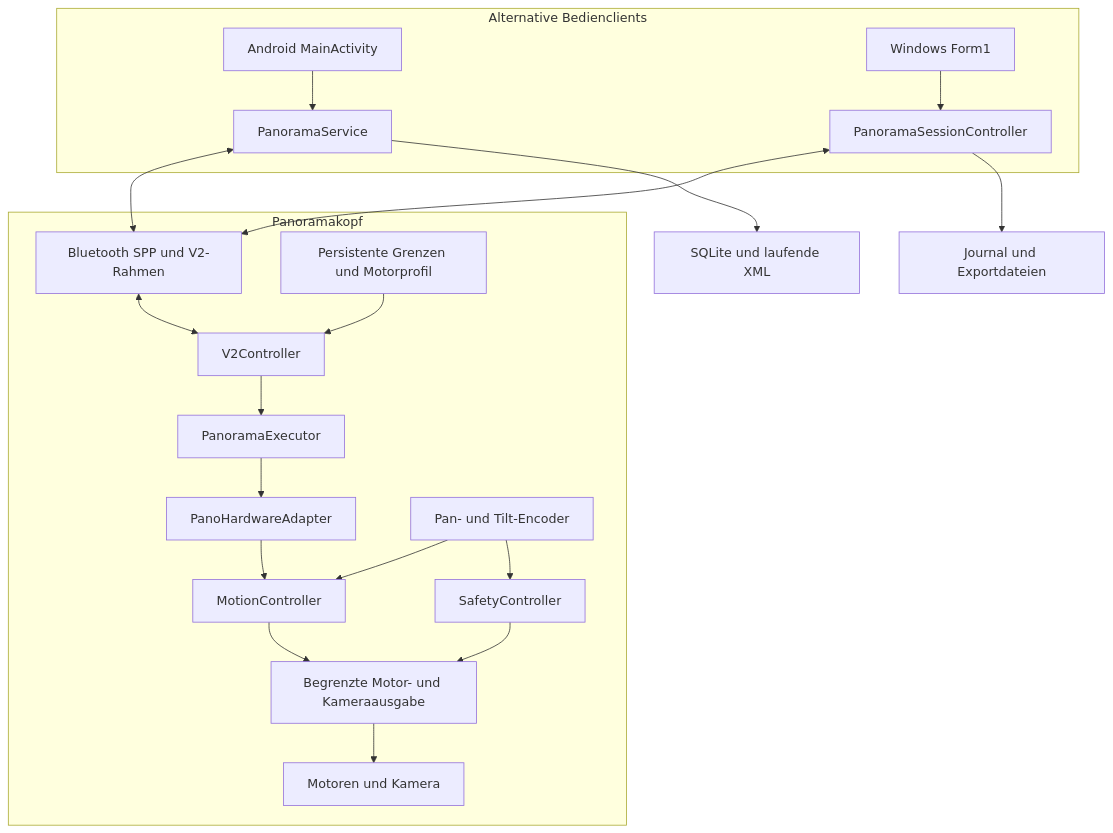
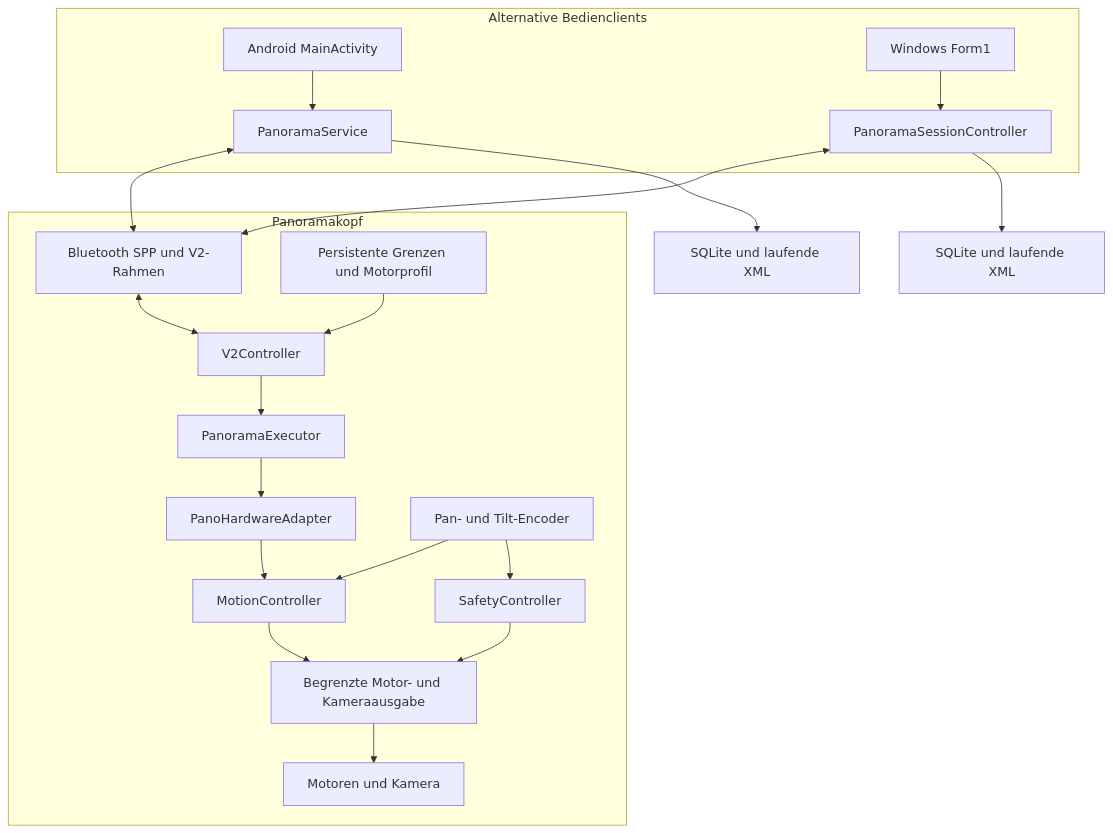
Before and after one commit to TomNaiser/PanoramaSoftware: the diagram in docs/01-systemuebersicht.md, drawn with Mermaid. The commit also changed 21 other files, not shown here.

````diff
--- a/docs/01-systemuebersicht.md
+++ b/docs/01-systemuebersicht.md
@@ -11,23 +11,23 @@
 ```mermaid
 flowchart TB
     subgraph Clients[Alternative Bedienclients]
         AU[Android MainActivity] --> AS[PanoramaService]
         WU[Windows Form1] --> WS[PanoramaSessionController]
     end
     AS <--> BT[Bluetooth SPP und V2-Rahmen]
     WS <--> BT
     subgraph Kopf[Panoramakopf]
         BT <--> VC[V2Controller]
         VC --> EX[PanoramaExecutor]
         EX --> HA[PanoHardwareAdapter]
         HA --> MC[MotionController]
         SC[SafetyController] --> OUT[Begrenzte Motor- und Kameraausgabe]
         MC --> OUT
         ENC[Pan- und Tilt-Encoder] --> MC
         ENC --> SC
         OUT --> MOT[Motoren und Kamera]
         CFG[Persistente Grenzen und Motorprofil] --> VC
     end
     AS --> DB[SQLite und laufende XML]
-    WS --> JR[Journal und Exportdateien]
+    WS --> JR[SQLite und laufende XML]
 ```
````
